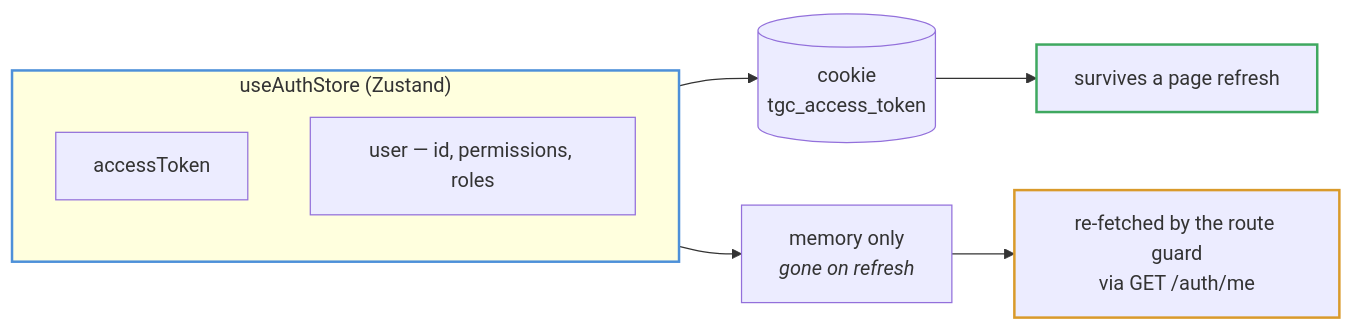
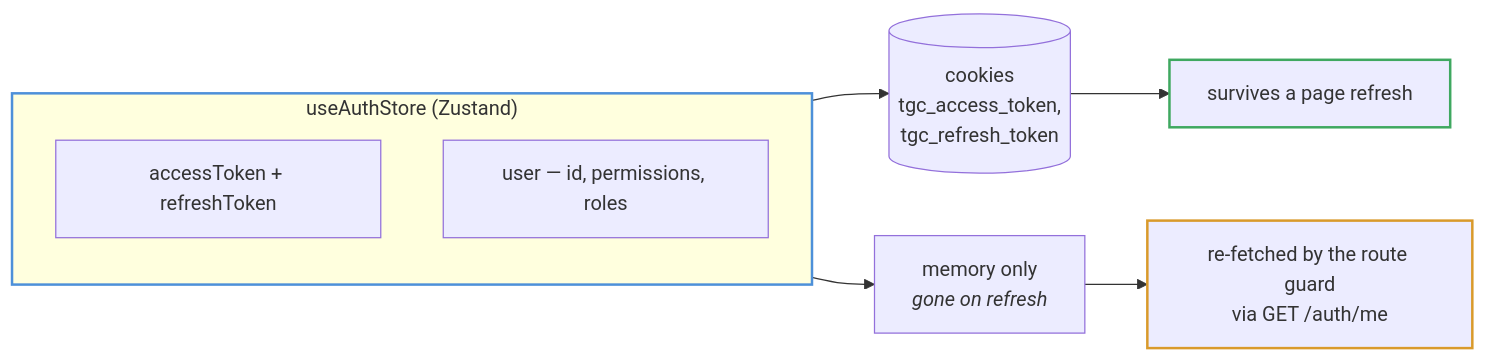
Before and after one commit to TGCTZ/TGC-SERVICE-FRONTEND: the first of 7 diagrams in docs/diagrams/authentication.md, drawn with Mermaid. The commit also changed other lines of this file and 6 other files, not shown here.

````diff
--- a/docs/diagrams/authentication.md
+++ b/docs/diagrams/authentication.md
@@ -8,18 +8,18 @@
 ```mermaid
 flowchart LR
     subgraph store["useAuthStore (Zustand)"]
         direction TB
-        TOKEN["accessToken"]
+        TOKEN["accessToken + refreshToken"]
         USER["user — id, permissions, roles"]
     end
 
-    TOKEN --> COOKIE[("cookie<br/>tgc_access_token")]
+    TOKEN --> COOKIE[("cookies<br/>tgc_access_token,<br/>tgc_refresh_token")]
     USER --> MEMORY["memory only<br/><i>gone on refresh</i>"]
 
     COOKIE --> SURVIVE["survives a page refresh"]
     MEMORY --> REHYDRATE["re-fetched by the route guard<br/>via GET /auth/me"]
 
     style store stroke:#4d90d9,stroke-width:2px
     style SURVIVE stroke:#3fa860,stroke-width:2px
     style REHYDRATE stroke:#d99a2b,stroke-width:2px
 ```
````
